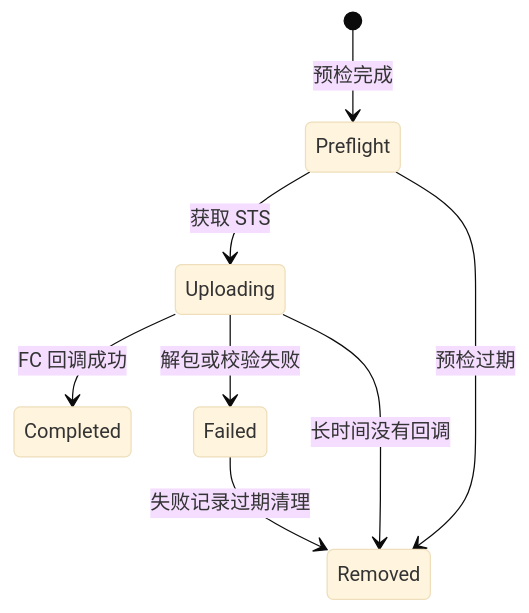
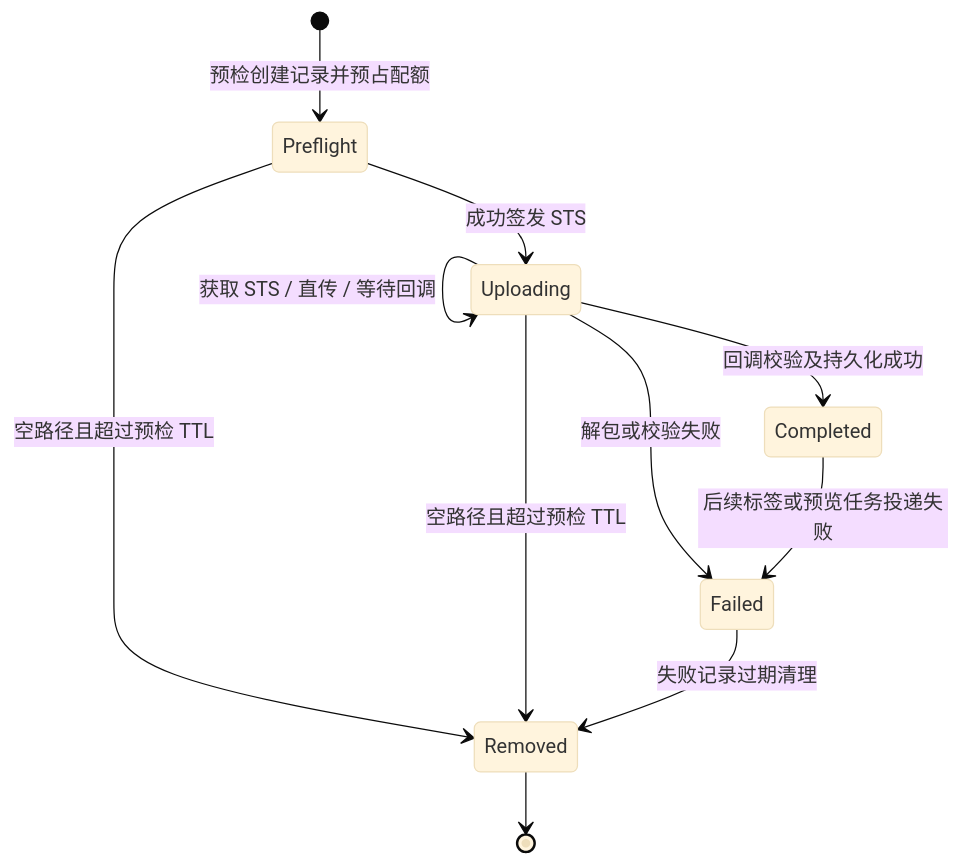
One commit to NeoNexusX/Kawaru changed the third of 3 diagrams in docs/zh/核心业务API架构-文件上传.md. Above: the diagram before and after it, drawn with Mermaid (base theme). The commit also changed other lines of this file and 27 other files, not shown here.

First line of the commit message:
feat: Update API documentation and architecture for user authentication, task processing, and statistics

````diff
--- a/docs/zh/核心业务API架构-文件上传.md
+++ b/docs/zh/核心业务API架构-文件上传.md
@@ -96,10 +97,13 @@
 ```mermaid
 stateDiagram-v2
-    [*] --> Preflight: 预检完成
-    Preflight --> Uploading: 获取 STS
-    Uploading --> Completed: FC 回调成功
+    [*] --> Preflight: 预检创建记录并预占配额
+    Preflight --> Uploading: 成功签发 STS
+    Uploading --> Uploading: 获取 STS / 直传 / 等待回调
+    Uploading --> Completed: 回调校验及持久化成功
     Uploading --> Failed: 解包或校验失败
-    Preflight --> Removed: 预检过期
-    Uploading --> Removed: 长时间没有回调
+    Completed --> Failed: 后续标签或预览任务投递失败
+    Preflight --> Removed: 空路径且超过预检 TTL
+    Uploading --> Removed: 空路径且超过预检 TTL
     Failed --> Removed: 失败记录过期清理
+    Removed --> [*]
 ```
````
